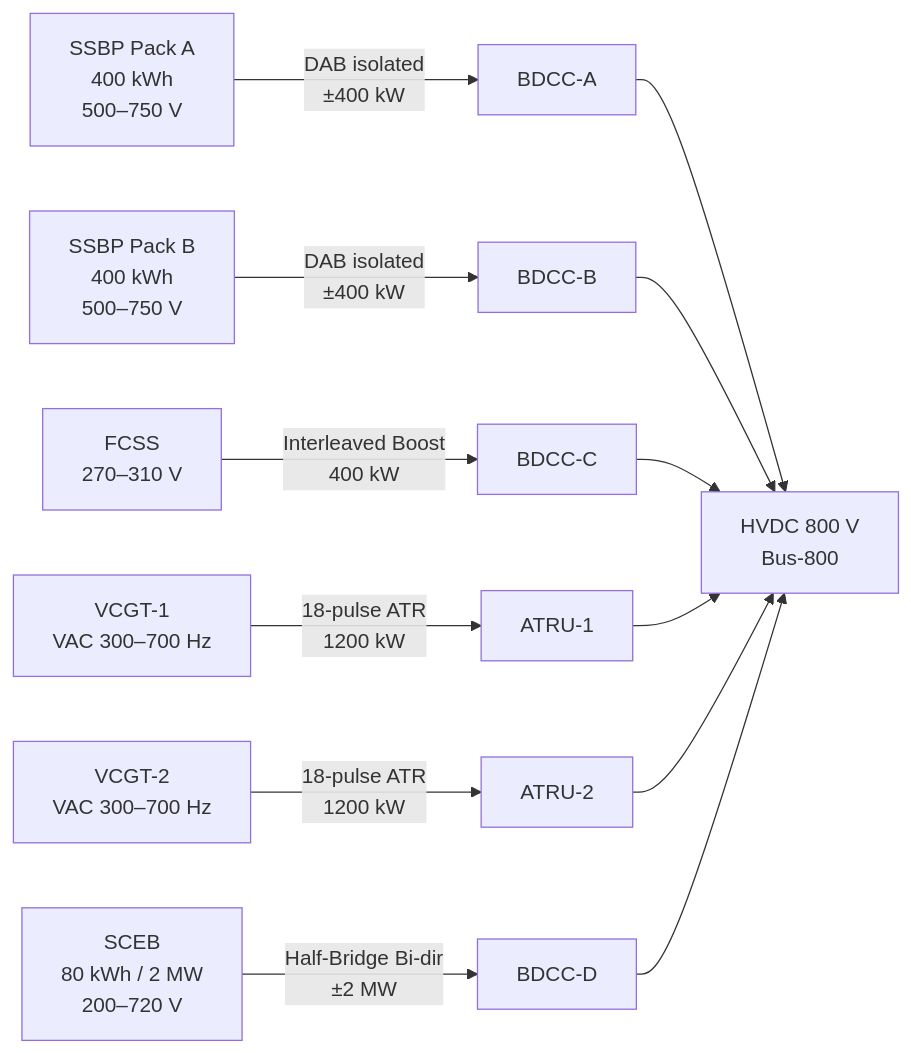
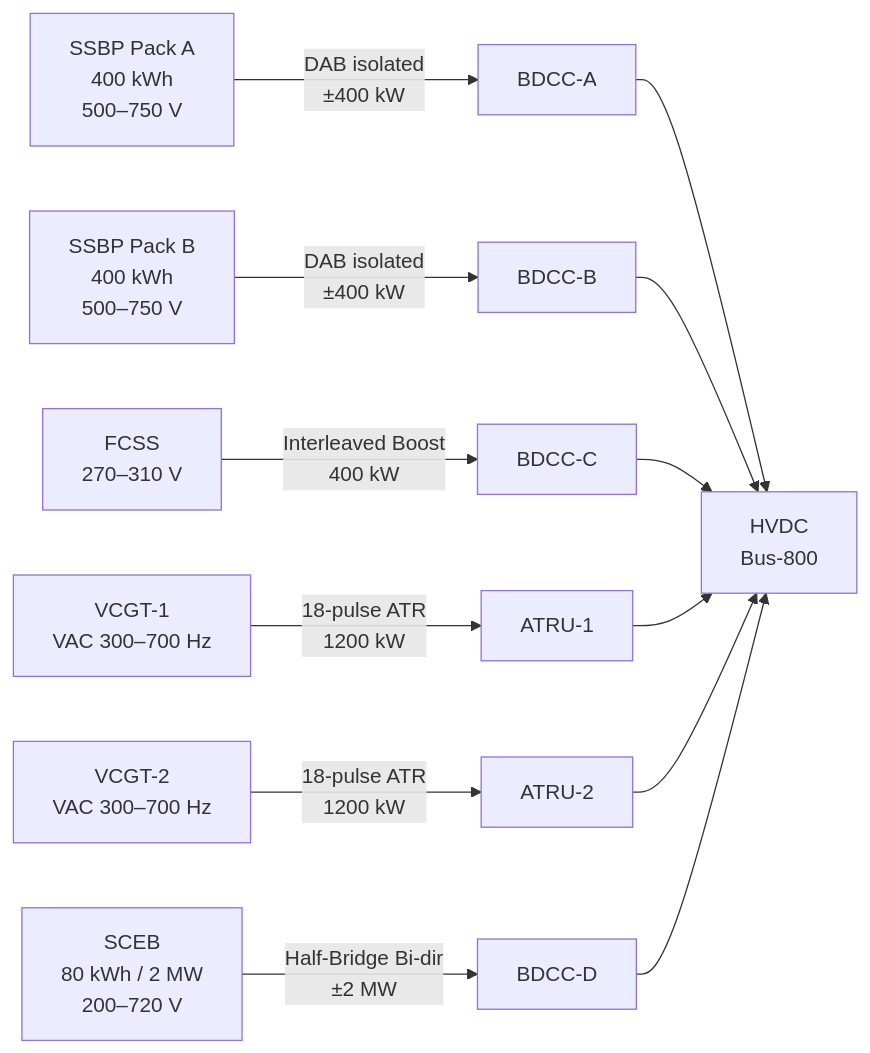
One commit to AmedeoPelliccia/Qplus-For-All-Queer-People-and-Quantum changed the diagram in Q+ATLANTIDE/000-099_ATLAS/080-089_Propulsion-Alternativa-y-Cuantica/084_Hybrid-Architectures-Beyond-Gen-2/084-040-Fuel-Cell-Battery-Turbine-and-Advanced-Source-Coupling.md. Above: the diagram before and after it, drawn with Mermaid. The commit also changed other lines of this file and 676 other files, not shown here.

````diff
--- a/Q+ATLANTIDE/000-099_ATLAS/080-089_Propulsion-Alternativa-y-Cuantica/084_Hybrid-Architectures-Beyond-Gen-2/084-040-Fuel-Cell-Battery-Turbine-and-Advanced-Source-Coupling.md
+++ b/Q+ATLANTIDE/000-099_ATLAS/080-089_Propulsion-Alternativa-y-Cuantica/084_Hybrid-Architectures-Beyond-Gen-2/084-040-Fuel-Cell-Battery-Turbine-and-Advanced-Source-Coupling.md
@@ -133,15 +134,15 @@
 ```mermaid
 flowchart LR
     SSBP_A[SSBP Pack A\n400 kWh\n500–750 V] -->|DAB isolated\n±400 kW| BDCC_A[BDCC-A]
     SSBP_B[SSBP Pack B\n400 kWh\n500–750 V] -->|DAB isolated\n±400 kW| BDCC_B[BDCC-B]
     FCSS[FCSS\n270–310 V] -->|Interleaved Boost\n400 kW| BDCC_C[BDCC-C]
     VCGT1[VCGT-1\nVAC 300–700 Hz] -->|18-pulse ATR\n1200 kW| ATRU1[ATRU-1]
     VCGT2[VCGT-2\nVAC 300–700 Hz] -->|18-pulse ATR\n1200 kW| ATRU2[ATRU-2]
     SCEB[SCEB\n80 kWh / 2 MW\n200–720 V] -->|Half-Bridge Bi-dir\n±2 MW| BDCC_D[BDCC-D]
-    BDCC_A --> BUS800[HVDC 800 V\nBus-800]
+    BDCC_A --> BUS800[HVDC <NOMINAL-VOLTAGE>\nBus-800]
     BDCC_B --> BUS800
     BDCC_C --> BUS800
     ATRU1 --> BUS800
     ATRU2 --> BUS800
     BDCC_D --> BUS800
 ```
````
